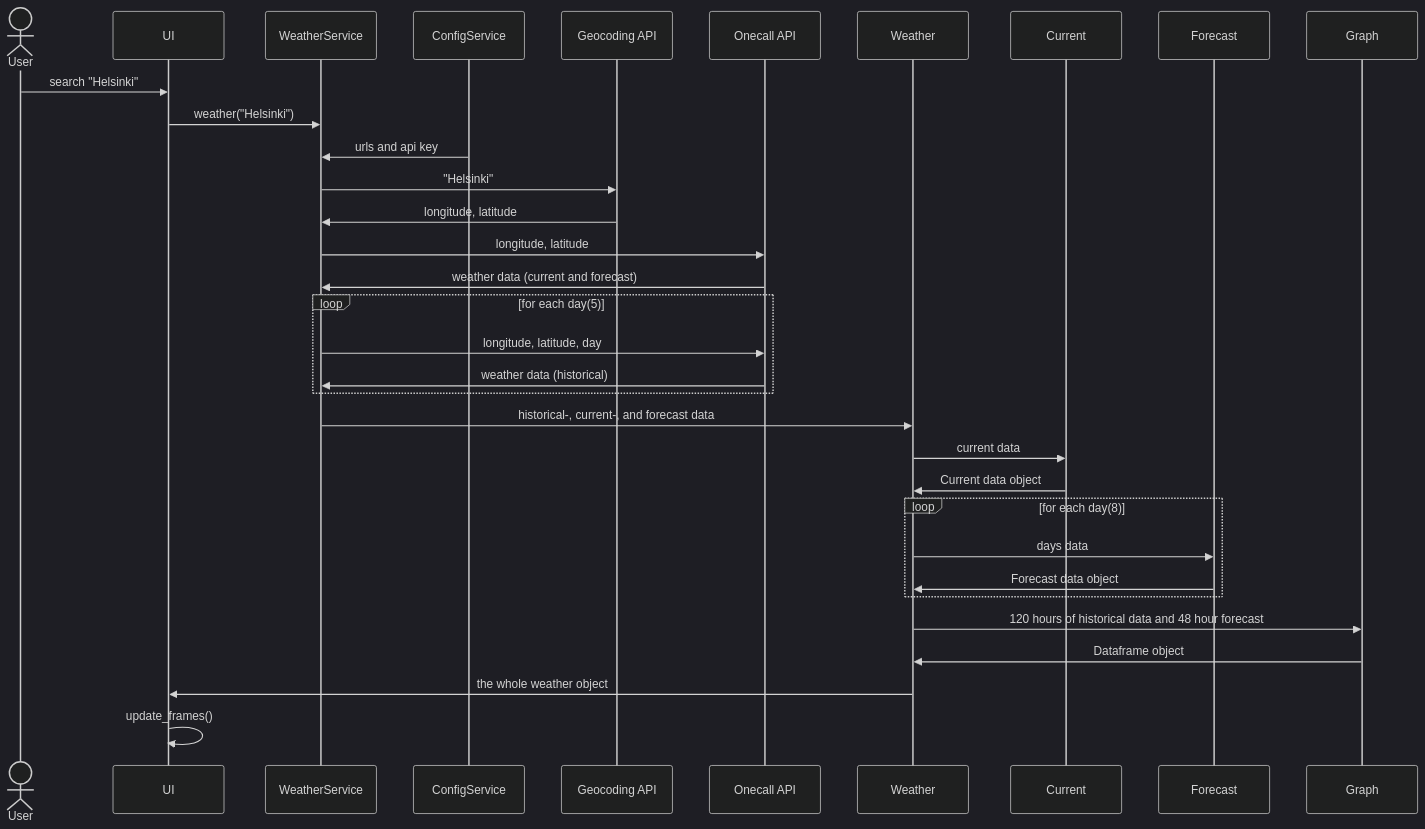
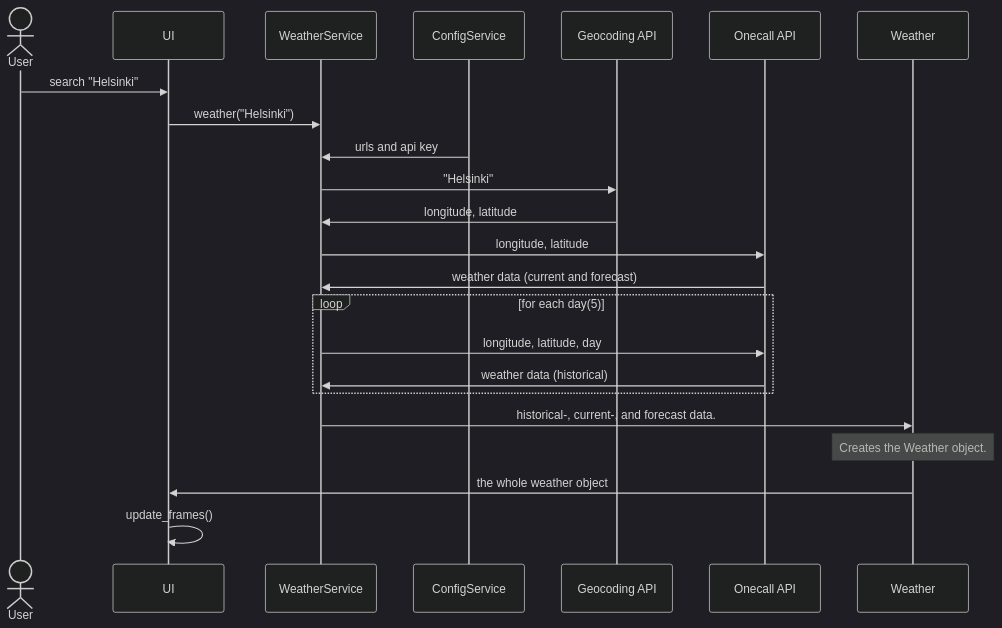
Before and after one commit to matiasto/ot-harjoitustyo: diagram 12 of 12 in documentation/architecture.md, drawn with Mermaid (dark theme). The commit also changed other lines of this file, not shown here.

Commit message:
docs: extended description of architecture

````diff
--- a/documentation/architecture.md
+++ b/documentation/architecture.md
@@ -202,42 +337,30 @@
 ```mermaid
     sequenceDiagram
 
     actor User
     participant UI
     participant WeatherService
     participant ConfigService
     participant Geocoding API
     participant Onecall API
     participant Weather
-    participant Current
-    participant Forecast
-    participant Graph
 
     User ->> UI: search "Helsinki"
     UI ->> WeatherService: weather("Helsinki")
     ConfigService ->> WeatherService: urls and api key
     WeatherService ->> Geocoding API: "Helsinki"
     Geocoding API ->> WeatherService: longitude, latitude
     WeatherService ->> Onecall API: longitude, latitude
     Onecall API ->> WeatherService: weather data (current and forecast)
 
     loop for each day(5)
     WeatherService ->> Onecall API: longitude, latitude, day
     Onecall API ->> WeatherService: weather data (historical)
     end
 
-    WeatherService ->> Weather: historical-, current-, and forecast data
-    Weather ->> Current: current data
-    Current ->> Weather: Current data object
-
-    loop for each day(8)
-    Weather ->> Forecast: days data
-    Forecast ->> Weather: Forecast data object
-    end
-
-    Weather ->> Graph: 120 hours of historical data and 48 hour forecast
-    Graph ->> Weather: Dataframe object
+    WeatherService ->> Weather: historical-, current-, and forecast data.
+    Note over Weather: Creates the Weather object.
     Weather ->> UI: the whole weather object
     UI ->> UI: update_frames()
 
 ```
````
